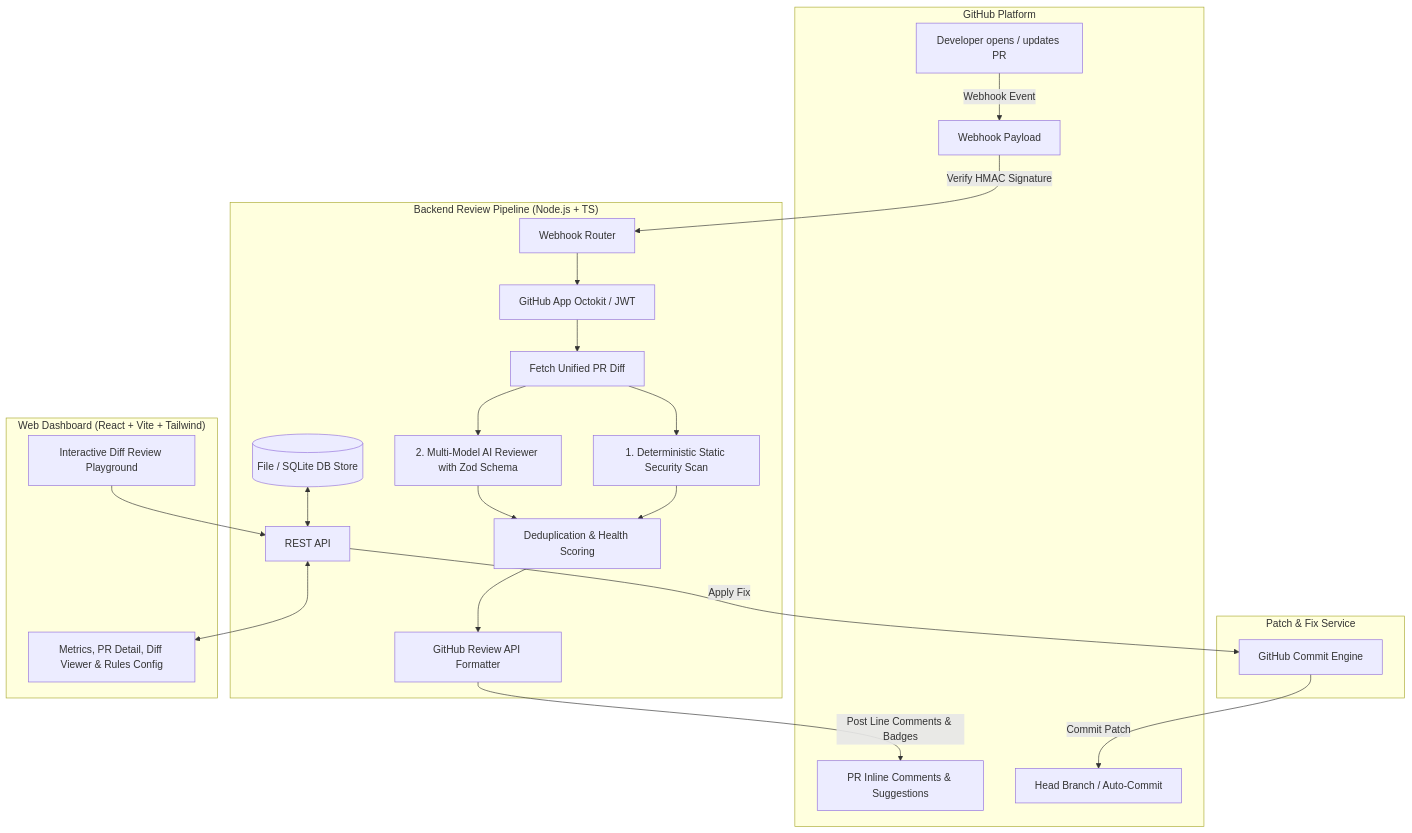
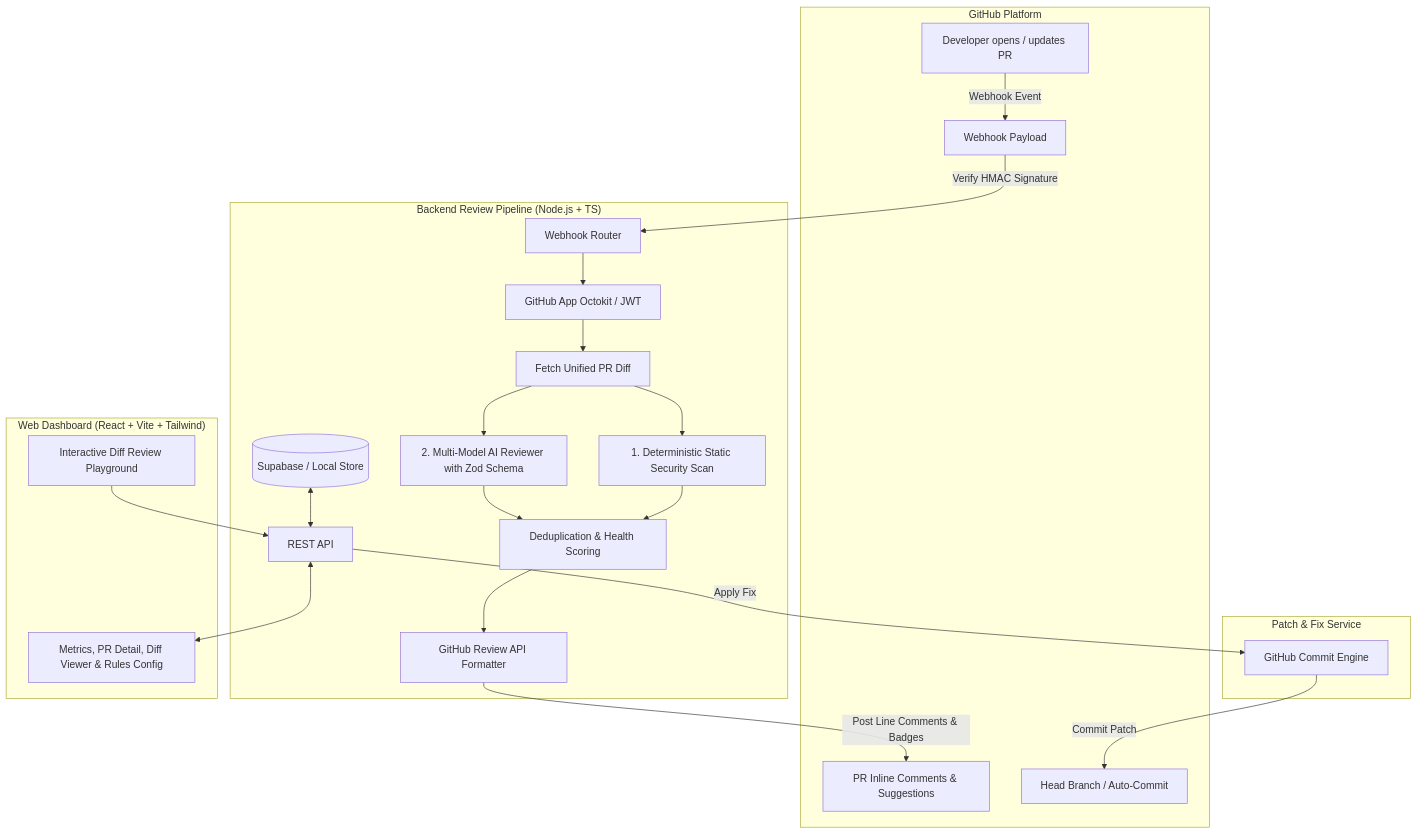
The diagram in README.md (DevByAbdullah0x/ai-git-reviewer), drawn with Mermaid before and after one commit. The commit also changed other lines of this file and 10 other files, not shown here.

Commit message:
feat: integrate Supabase persistence, remove hardcoded starter repo, and add schema

````diff
--- a/README.md
+++ b/README.md
@@ -48,35 +42,35 @@
 ```mermaid
 flowchart TD
     subgraph GitHub ["GitHub Platform"]
         PR[Developer opens / updates PR] -->|Webhook Event| WH[Webhook Payload]
         InlineComment[PR Inline Comments & Suggestions]
         PRBranch[Head Branch / Auto-Commit]
     end
 
     subgraph Backend ["Backend Review Pipeline (Node.js + TS)"]
         WH -->|Verify HMAC Signature| Router[Webhook Router]
         Router --> Auth[GitHub App Octokit / JWT]
         Auth --> FetchDiff[Fetch Unified PR Diff]
         
         FetchDiff --> StaticScan[1. Deterministic Static Security Scan]
         FetchDiff --> AIRunner[2. Multi-Model AI Reviewer with Zod Schema]
         
         StaticScan --> Aggregator[Deduplication & Health Scoring]
         AIRunner --> Aggregator
         
         Aggregator --> ReviewPoster[GitHub Review API Formatter]
         ReviewPoster -->|Post Line Comments & Badges| InlineComment
         
-        DB[(File / SQLite DB Store)] <--> API[REST API]
+        DB[(Supabase / Local Store)] <--> API[REST API]
     end
 
     subgraph FixEngine ["Patch & Fix Service"]
         API -->|Apply Fix| Committer[GitHub Commit Engine]
         Committer -->|Commit Patch| PRBranch
     end
 
     subgraph Frontend ["Web Dashboard (React + Vite + Tailwind)"]
         API <--> Dashboard[Metrics, PR Detail, Diff Viewer & Rules Config]
         Playground[Interactive Diff Review Playground] --> API
     end
 ```
````
